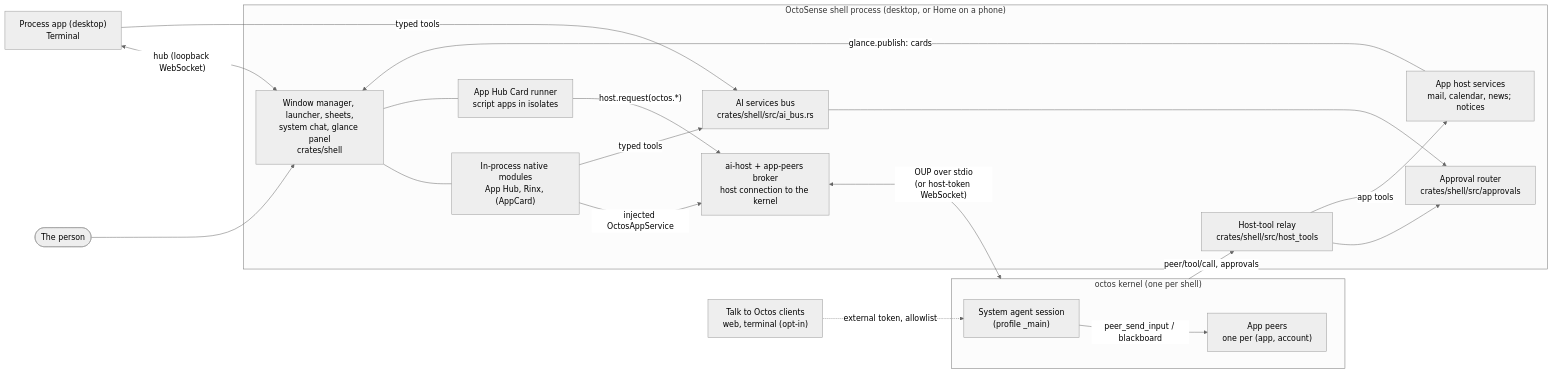
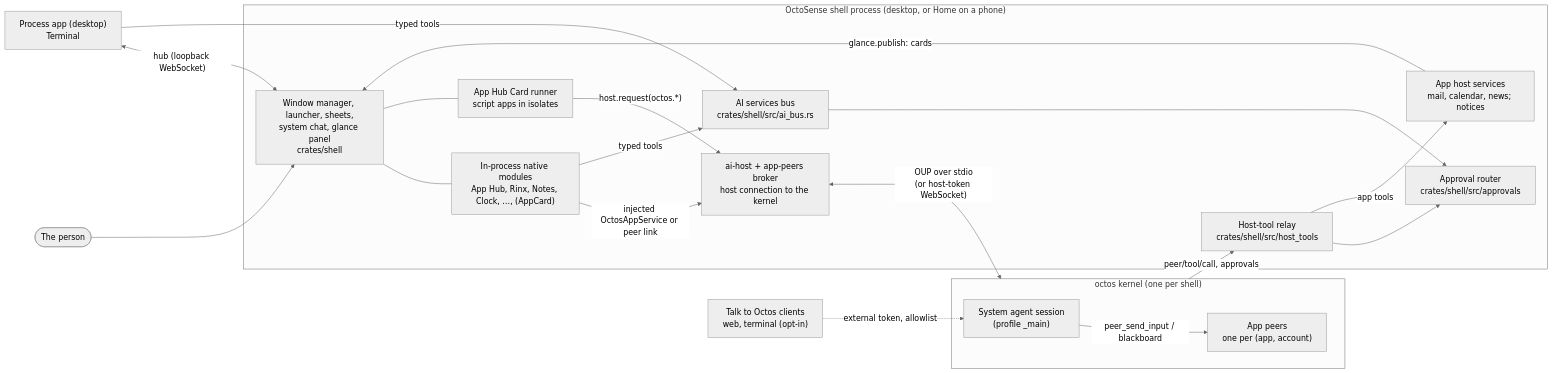
Before and after one commit to OctoSense-org/OctoSense: the first of 5 diagrams in docs/architecture.md, drawn with Mermaid (neutral theme). The commit also changed other lines of this file and 24 other files, not shown here.

````diff
--- a/docs/architecture.md
+++ b/docs/architecture.md
@@ -39,36 +37,36 @@
 ```mermaid
 flowchart LR
   person(["The person"])
   subgraph shellp["OctoSense shell process (desktop, or Home on a phone)"]
     wm["Window manager, launcher, sheets,<br/>system chat, glance panel<br/>crates/shell"]
-    mods["In-process native modules<br/>App Hub, Rinx, (AppCard)"]
+    mods["In-process native modules<br/>App Hub, Rinx, Notes, Clock, …, (AppCard)"]
     runner["App Hub Card runner<br/>script apps in isolates"]
     router["Approval router<br/>crates/shell/src/approvals"]
     aihost["ai-host + app-peers broker<br/>host connection to the kernel"]
     relay["Host-tool relay<br/>crates/shell/src/host_tools"]
     svc["App host services<br/>mail, calendar, news; notices"]
     bus["AI services bus<br/>crates/shell/src/ai_bus.rs"]
   end
   term["Process app (desktop)<br/>Terminal"]
   subgraph kern["octos kernel (one per shell)"]
     sys["System agent session<br/>(profile _main)"]
     peers["App peers<br/>one per (app, account)"]
   end
   ext["Talk to Octos clients<br/>web, terminal (opt-in)"]
   person --> wm
   wm --- mods
   wm --- runner
   term <-->|"hub (loopback WebSocket)"| wm
-  mods -- "injected OctosAppService" --> aihost
+  mods -- "injected OctosAppService or peer link" --> aihost
   runner -- "host.request(octos.*)" --> aihost
   aihost <-->|"OUP over stdio<br/>(or host-token WebSocket)"| kern
   sys -- "peer_send_input / blackboard" --> peers
   ext -. "external token, allowlist" .-> sys
   kern -- "peer/tool/call, approvals" --> relay
   relay --> router
   relay -- "app tools" --> svc
   svc -- "glance.publish: cards" --> wm
   term -- "typed tools" --> bus
   mods -- "typed tools" --> bus
   bus --> router
 ```
````
